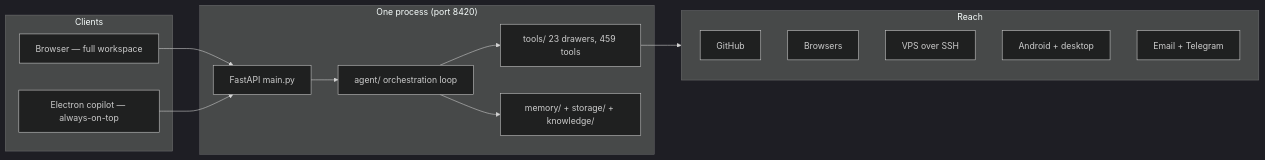
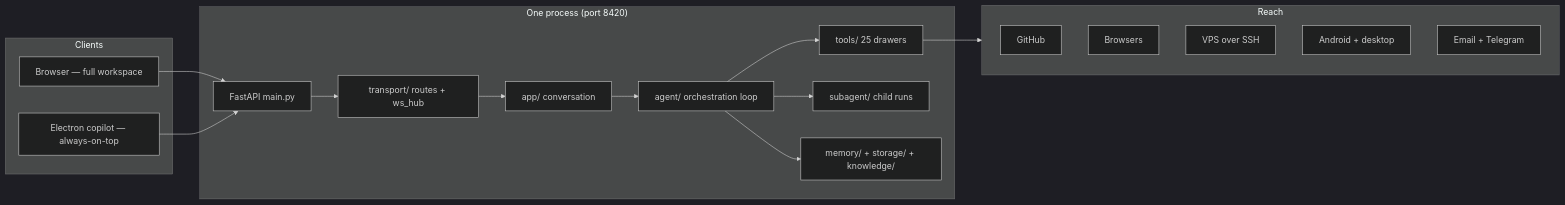
Before and after one commit to engrix/engrix-agent-docs: the diagram in en/architecture/overview.md, drawn with Mermaid (dark theme). The commit also changed other lines of this file and 25 other files, not shown here.

````diff
--- a/en/architecture/overview.md
+++ b/en/architecture/overview.md
@@ -44,26 +49,32 @@
 ```mermaid
 flowchart LR
     subgraph clients["Clients"]
         B["Browser — full workspace"]
         D["Electron copilot — always-on-top"]
     end
     subgraph engine["One process (port 8420)"]
         M["FastAPI main.py"]
+        TR["transport/ routes + ws_hub"]
+        APP["app/ conversation"]
         A["agent/ orchestration loop"]
-        T["tools/ 23 drawers, 459 tools"]
+        T["tools/ 25 drawers"]
+        SA["subagent/ child runs"]
         MEM["memory/ + storage/ + knowledge/"]
     end
     subgraph externals["Reach"]
         GH["GitHub"]
         BR["Browsers"]
         VP["VPS over SSH"]
         DV["Android + desktop"]
         EM["Email + Telegram"]
     end
     B --> M
     D --> M
-    M --> A
+    M --> TR
+    TR --> APP
+    APP --> A
     A --> T
+    A --> SA
     A --> MEM
     T --> externals
 ```
````
